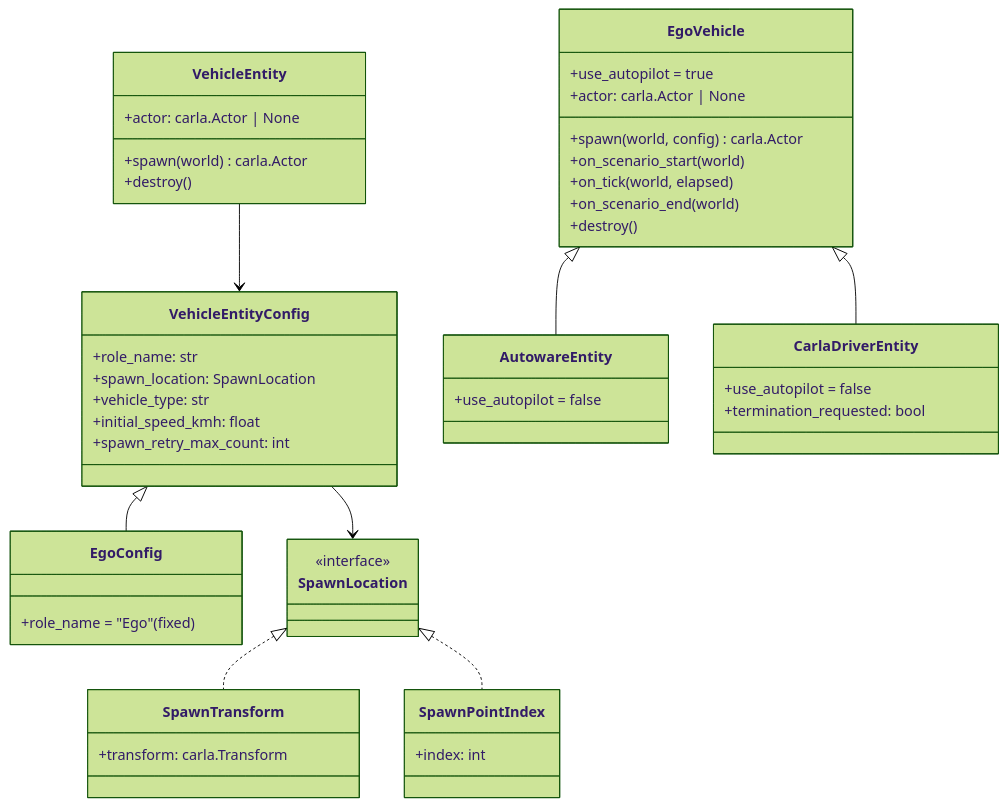
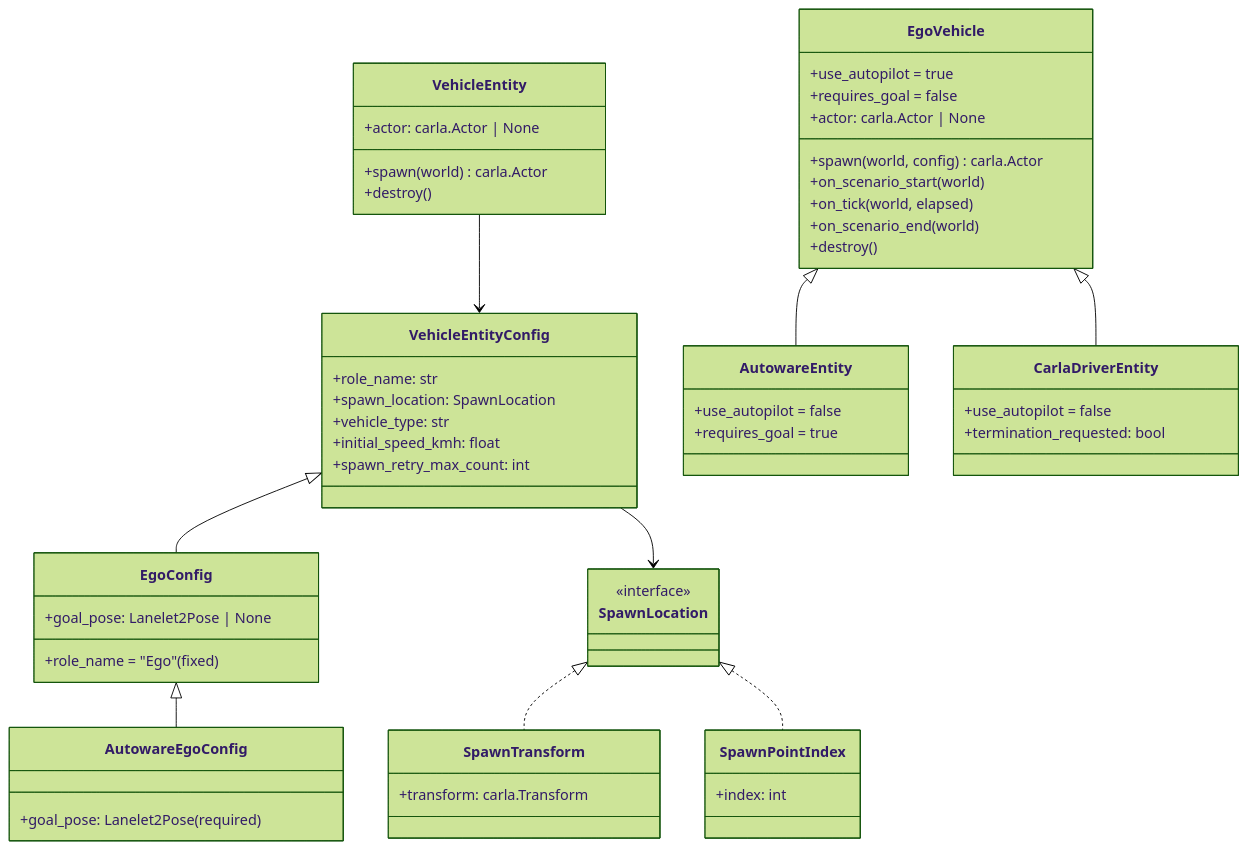
Diagram 12 of 14 in autoware_carla_scenario/docs/architecture.md (autowarefoundation/autoware_carla_scenario), drawn with Mermaid (forest theme) before and after one commit. The commit also changed other lines of this file and 23 other files, not shown here.

````diff
--- a/autoware_carla_scenario/docs/architecture.md
+++ b/autoware_carla_scenario/docs/architecture.md
@@ -678,59 +678,67 @@
 ```mermaid
 classDiagram
     class VehicleEntityConfig {
         +role_name: str
         +spawn_location: SpawnLocation
         +vehicle_type: str
         +initial_speed_kmh: float
         +spawn_retry_max_count: int
     }
 
     class EgoConfig {
         +role_name = "Ego" (fixed)
+        +goal_pose: Lanelet2Pose | None
+    }
+
+    class AutowareEgoConfig {
+        +goal_pose: Lanelet2Pose (required)
     }
 
     class SpawnLocation {
         <<interface>>
     }
 
     class SpawnTransform {
         +transform: carla.Transform
     }
 
     class SpawnPointIndex {
         +index: int
     }
 
     class VehicleEntity {
         +actor: carla.Actor | None
         +spawn(world) carla.Actor
         +destroy()
     }
 
     class EgoVehicle {
         +use_autopilot = true
+        +requires_goal = false
         +actor: carla.Actor | None
         +spawn(world, config) carla.Actor
         +on_scenario_start(world)
         +on_tick(world, elapsed)
         +on_scenario_end(world)
         +destroy()
     }
 
     class AutowareEntity {
         +use_autopilot = false
+        +requires_goal = true
     }
 
     class CarlaDriverEntity {
         +use_autopilot = false
         +termination_requested: bool
     }
 
     VehicleEntityConfig <|-- EgoConfig
+    EgoConfig <|-- AutowareEgoConfig
     SpawnLocation <|.. SpawnTransform
     SpawnLocation <|.. SpawnPointIndex
     VehicleEntityConfig --> SpawnLocation
     VehicleEntity --> VehicleEntityConfig
     EgoVehicle <|-- AutowareEntity
     EgoVehicle <|-- CarlaDriverEntity
 ```
````
